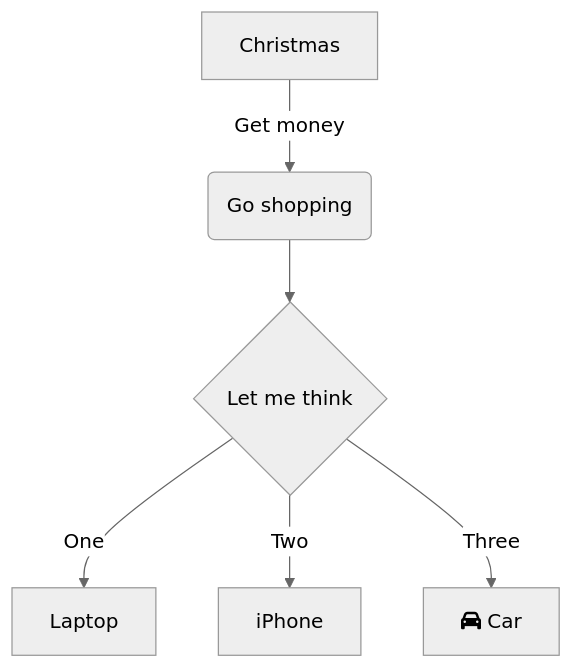
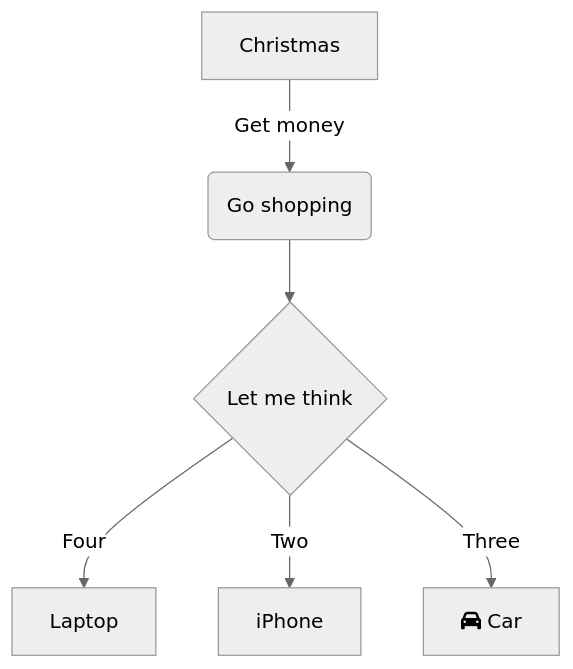
One commit to jettmoy/stories changed the diagram in .swm/how-does-this-integrate-with-the-docs-from-my-code.2jp6kjc4.sw.md. Above: the diagram before and after it, drawn with Mermaid (neutral theme). The commit also changed other lines of this file and 2 other files, not shown here.

````diff
--- a/.swm/how-does-this-integrate-with-the-docs-from-my-code.2jp6kjc4.sw.md
+++ b/.swm/how-does-this-integrate-with-the-docs-from-my-code.2jp6kjc4.sw.md
@@ -17,10 +17,9 @@
 ```mermaid
 graph TD
 A[Christmas] -->|Get money| B(Go shopping)
 B --> C{Let me think}
-C -->|One| D[Laptop]
+C -->|Four| D[Laptop]
 C -->|Two| E[iPhone]
 C -->|Three| F[fa:fa-car Car]
 
-
 ```
````
